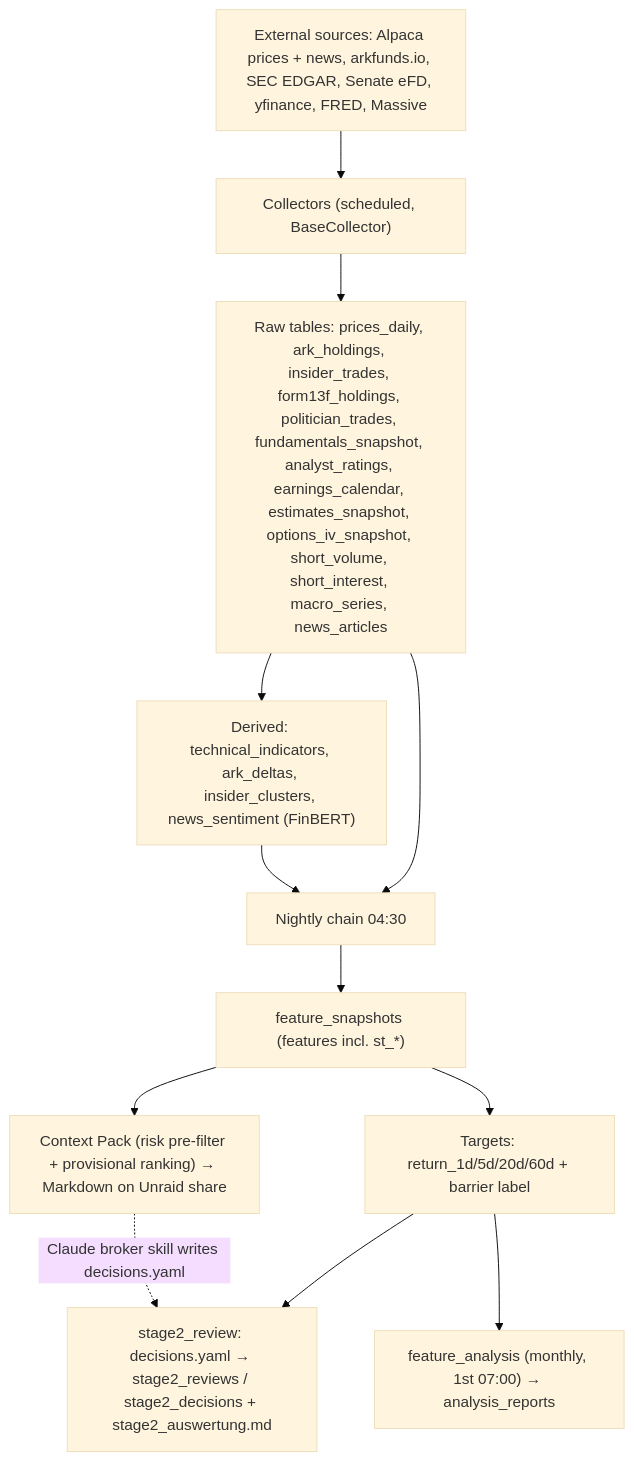
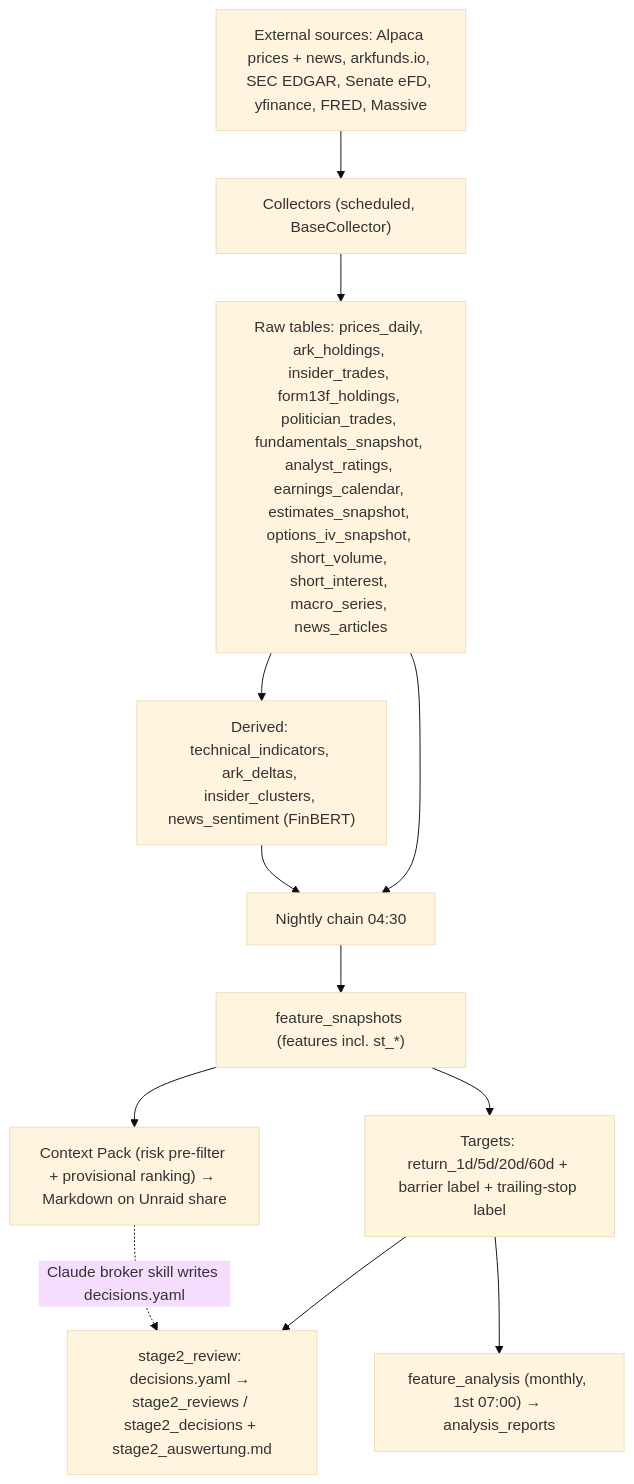
The first of 2 diagrams in docs/ARCHITECTURE.md (sebastianganser/Alpaca-Broker), drawn with Mermaid (base theme) before and after one commit. The commit also changed other lines of this file and 16 other files, not shown here.

First line of the commit message:
feat(targets): trailing-stop trend-trade label (migration 037) as analysis model target

````diff
--- a/docs/ARCHITECTURE.md
+++ b/docs/ARCHITECTURE.md
@@ -239,14 +240,14 @@
 ```mermaid
 flowchart TD
     SRC["External sources: Alpaca prices + news, arkfunds.io, SEC EDGAR, Senate eFD, yfinance, FRED, Massive"] --> COL["Collectors (scheduled, BaseCollector)"]
     COL --> RAW["Raw tables: prices_daily, ark_holdings, insider_trades, form13f_holdings, politician_trades, fundamentals_snapshot, analyst_ratings, earnings_calendar, estimates_snapshot, options_iv_snapshot, short_volume, short_interest, macro_series, news_articles"]
     RAW --> DER["Derived: technical_indicators, ark_deltas, insider_clusters, news_sentiment (FinBERT)"]
     RAW --> CHAIN
     DER --> CHAIN["Nightly chain 04:30"]
     CHAIN --> FS["feature_snapshots (features incl. st_*)"]
-    FS --> TGT["Targets: return_1d/5d/20d/60d + barrier label"]
+    FS --> TGT["Targets: return_1d/5d/20d/60d + barrier label + trailing-stop label"]
     TGT --> S2["stage2_review: decisions.yaml → stage2_reviews / stage2_decisions + stage2_auswertung.md"]
     FS --> CP["Context Pack (risk pre-filter + provisional ranking) → Markdown on Unraid share"]
     CP -. "Claude broker skill writes decisions.yaml" .-> S2
     TGT --> FA["feature_analysis (monthly, 1st 07:00) → analysis_reports"]
 ```
````
